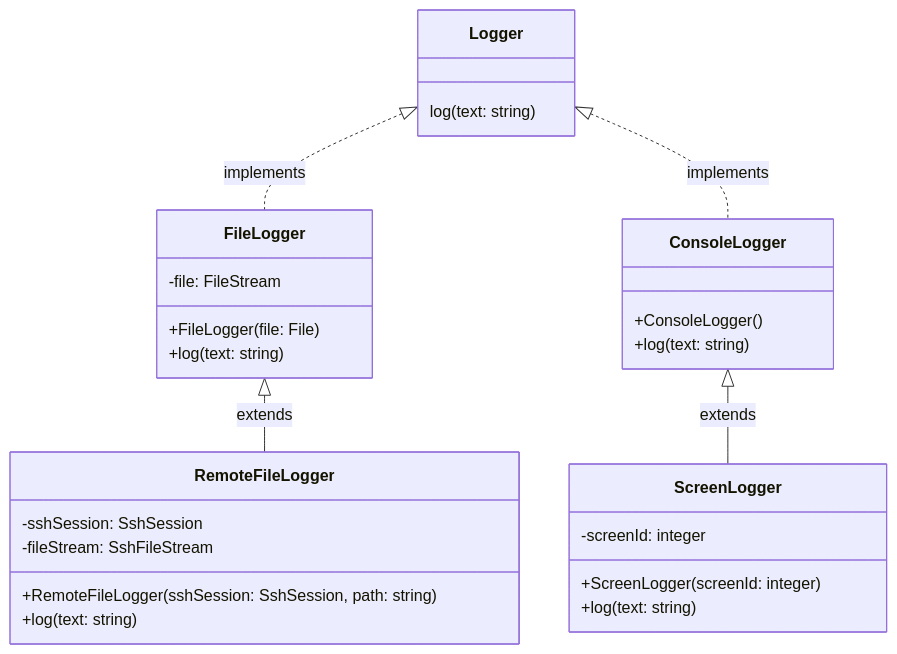
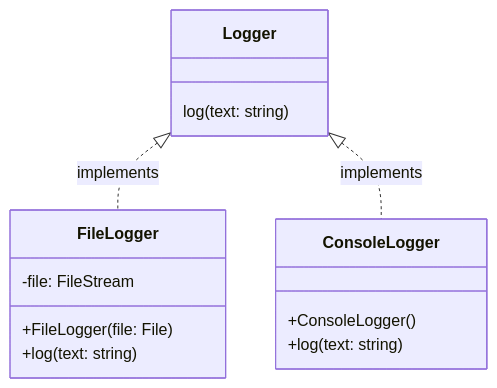
The diagram in GSE1/Dependency Injecction.md (Frank-Mayer/Schule), drawn with Mermaid before and after one commit. The commit also changed other lines of this file, not shown here.

````diff
--- a/GSE1/Dependency Injecction.md
+++ b/GSE1/Dependency Injecction.md
@@ -69,35 +69,20 @@
 ```mermaid
 classDiagram
 
 class Logger{
 	log(text: string)
 }
 
 class FileLogger {
 	-file: FileStream
 	+FileLogger(file: File)
 	+log(text: string)
 }
 Logger <|.. FileLogger : implements
 
-class RemoteFileLogger {
-	-sshSession: SshSession
-	-fileStream: SshFileStream
-	+RemoteFileLogger(sshSession: SshSession, path: string)
-	+log(text: string)
-}
-FileLogger <|-- RemoteFileLogger : extends
-
 class ConsoleLogger {
 	+ConsoleLogger()
 	+log(text: string)
 }
 Logger <|.. ConsoleLogger : implements
-
-class ScreenLogger {
-	-screenId: integer
-	+ScreenLogger(screenId: integer)
-	+log(text: string)
-}
-ConsoleLogger <|-- ScreenLogger : extends
 ```
````
